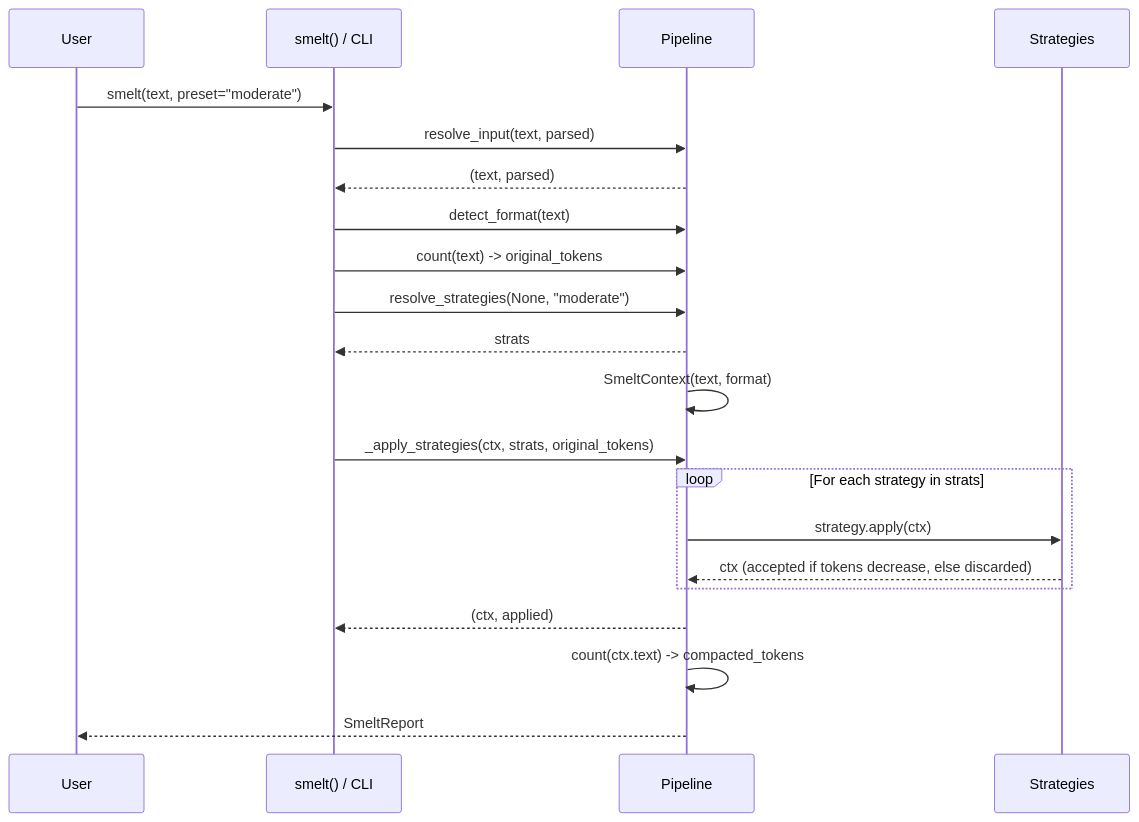
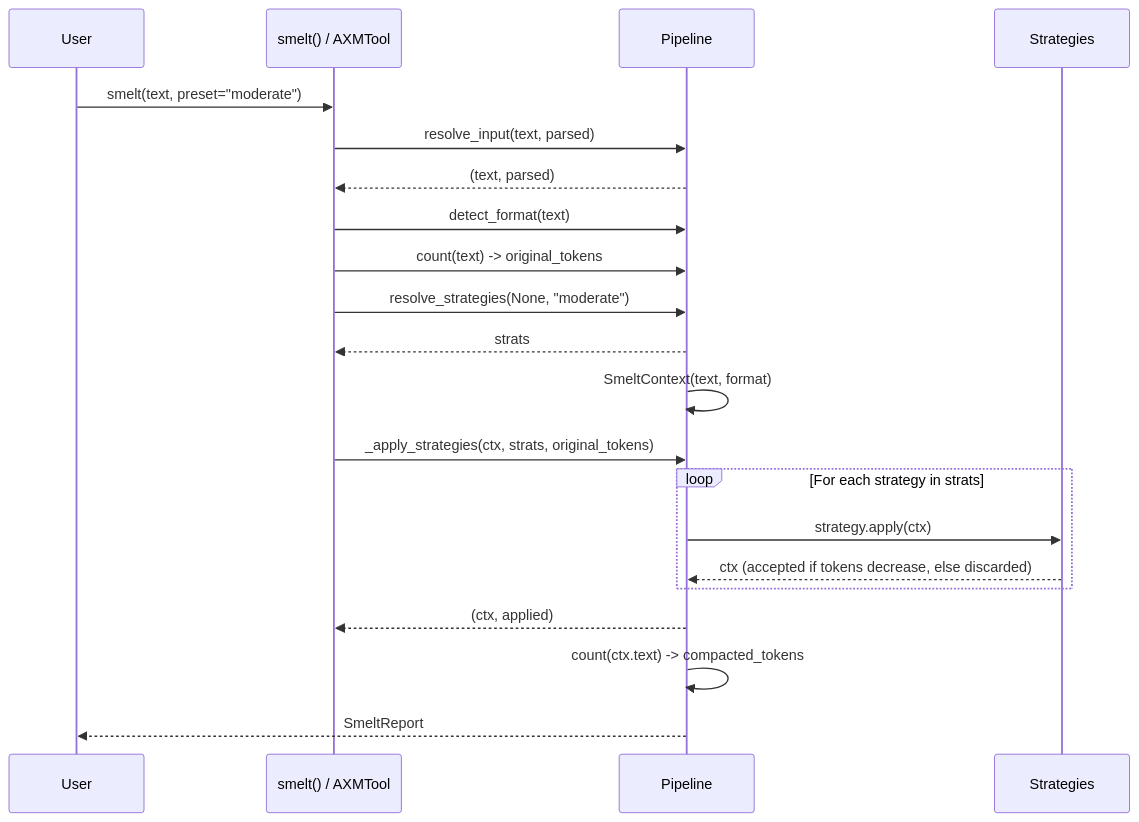
One commit to axm-protocols/axm-forge changed the second of 2 diagrams in packages/axm-smelt/docs/explanation/architecture.md. Above: the diagram before and after it, drawn with Mermaid. The commit also changed other lines of this file and 17 other files, not shown here.

First line of the commit message:
feat(axm-smelt): retire standalone CLI facade

````diff
--- a/packages/axm-smelt/docs/explanation/architecture.md
+++ b/packages/axm-smelt/docs/explanation/architecture.md
@@ -85,24 +86,24 @@
 ```mermaid
 sequenceDiagram
     participant User
-    participant API as smelt() / CLI
+    participant API as smelt() / AXMTool
     participant Pipeline
     participant Strategies
 
     User->>API: smelt(text, preset="moderate")
     API->>Pipeline: resolve_input(text, parsed)
     Pipeline-->>API: (text, parsed)
     API->>Pipeline: detect_format(text)
     API->>Pipeline: count(text) -> original_tokens
     API->>Pipeline: resolve_strategies(None, "moderate")
     Pipeline-->>API: strats
     Pipeline->>Pipeline: SmeltContext(text, format)
     API->>Pipeline: _apply_strategies(ctx, strats, original_tokens)
     loop For each strategy in strats
         Pipeline->>Strategies: strategy.apply(ctx)
         Strategies-->>Pipeline: ctx (accepted if tokens decrease, else discarded)
     end
     Pipeline-->>API: (ctx, applied)
     Pipeline->>Pipeline: count(ctx.text) -> compacted_tokens
     Pipeline-->>User: SmeltReport
 ```
````
